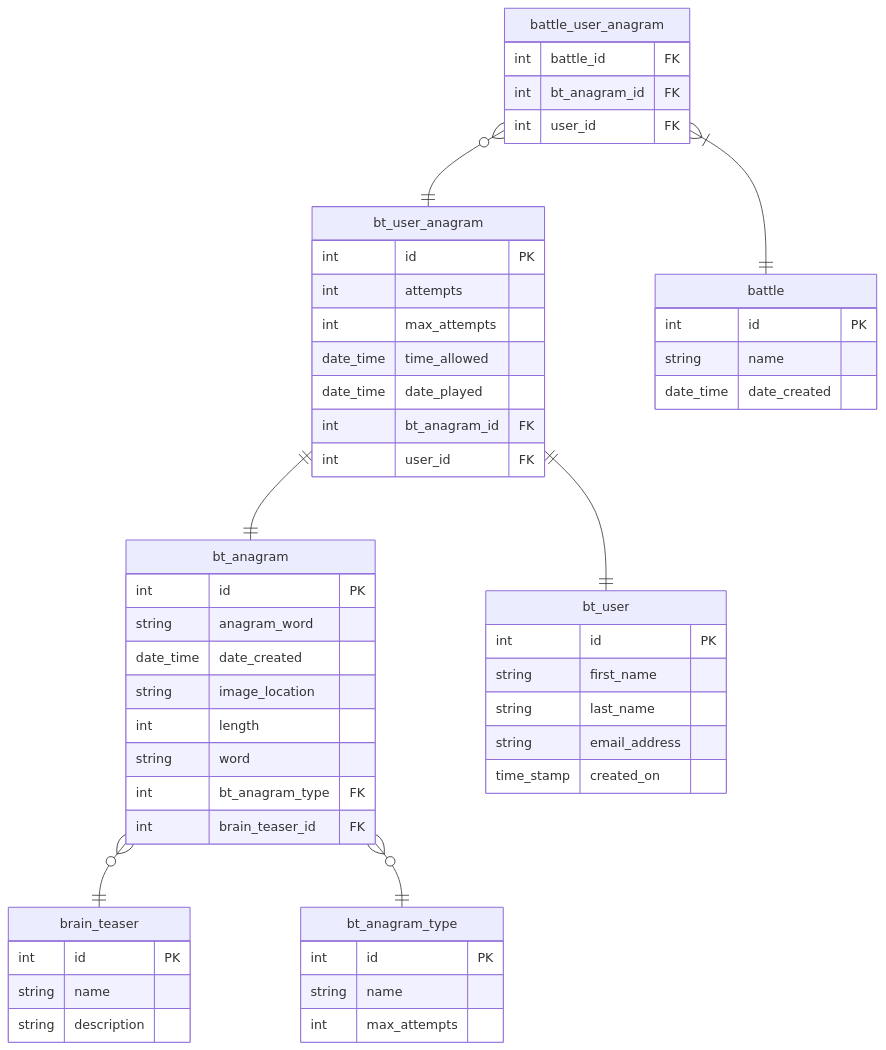
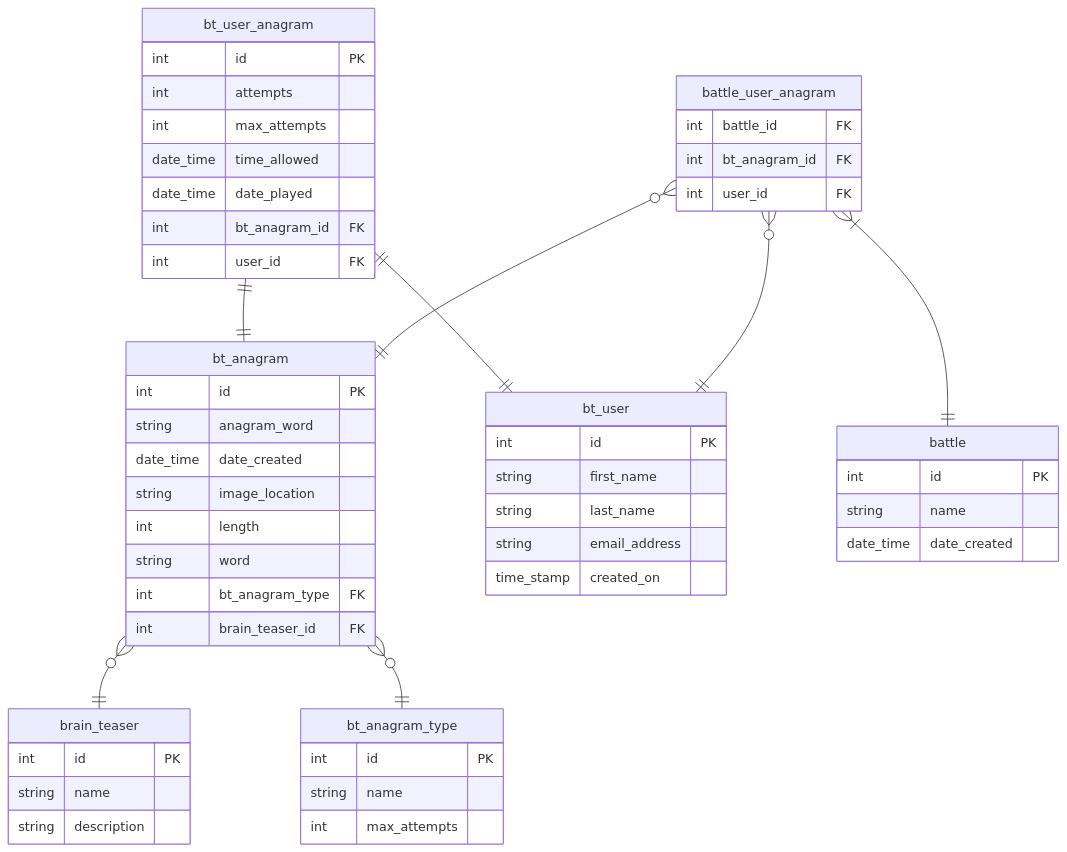
One commit to seanjamescurrie/bananagrams changed the third of 3 diagrams in README.md. Above: the diagram before and after it, drawn with Mermaid.

Commit message:
update ERD

````diff
--- a/README.md
+++ b/README.md
@@ -149,66 +149,67 @@
 ```mermaid
 erDiagram
 
   bt_anagram }o--|| brain_teaser : ""  
   bt_anagram }o--|| bt_anagram_type : ""
   bt_user_anagram ||--|| bt_user : ""
   bt_user_anagram ||--|| bt_anagram : ""
   battle_user_anagram }|--|| battle : ""
-  battle_user_anagram }o--|| bt_user_anagram : ""
+  battle_user_anagram }o--|| bt_anagram : ""
+  battle_user_anagram }o--|| bt_user : ""
   
   brain_teaser {
     int id PK
     string name
     string description
   }
   
   bt_anagram {
     int id PK
     string anagram_word
     date_time date_created
     string image_location
     int length
     string word
     int bt_anagram_type FK
     int brain_teaser_id FK
   }
   
   bt_anagram_type {
     int id PK
     string name
     int max_attempts
   }
   
   bt_user_anagram {
     int id PK
     int attempts
     int max_attempts
     date_time time_allowed
     date_time date_played
     int bt_anagram_id FK
     int user_id FK
   }
   
   battle {
     int id PK
     string name
     date_time date_created
   }
   
   bt_user {
     int id PK
     string first_name
     string last_name
     string email_address
     time_stamp created_on
   }
   
   battle_user_anagram {
     int battle_id FK
     int bt_anagram_id FK
     int user_id FK
   }
   
   
 
 ```
````
